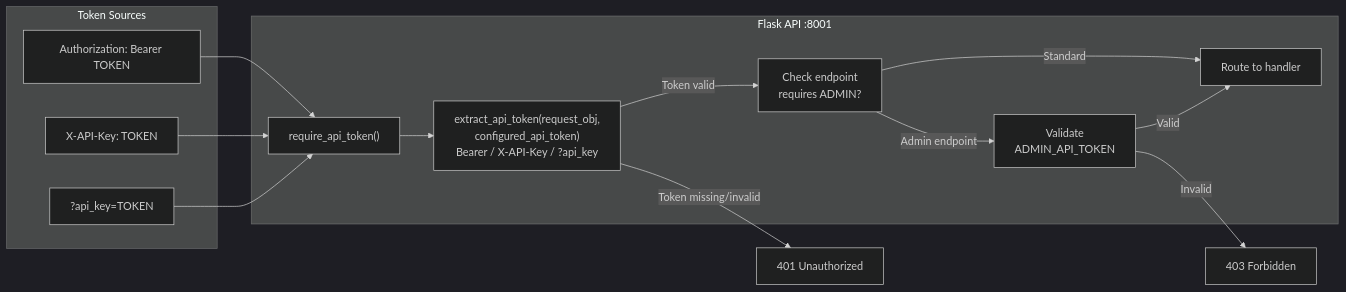
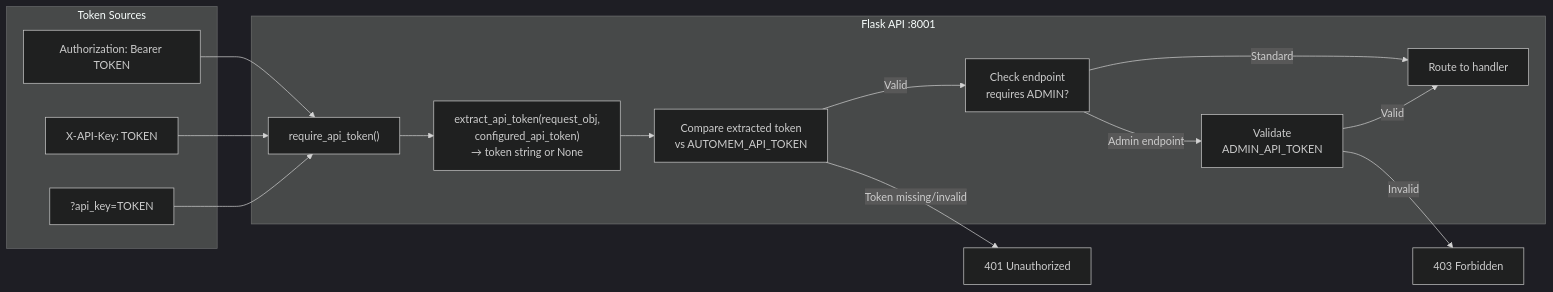
Before and after one commit to verygoodplugins/automem-website: the second of 3 diagrams in src/content/docs/docs/reference/authentication.md, drawn with Mermaid (dark theme).

Commit message:
docs: address Copilot review on authentication.md
extract_api_token() only extracts the raw token string; the comparison
against AUTOMEM_API_TOKEN and the resulting 401 happen inside
require_api_token(). Added an explicit ValidateToken step between
extraction and branching so the diagram accurately reflects the two-step
process: extract → compare → valid/invalid.

https://claude.ai/code/session_01PUayxhvKwdtWFTjgwpBTsW

````diff
--- a/src/content/docs/docs/reference/authentication.md
+++ b/src/content/docs/docs/reference/authentication.md
@@ -101,29 +101,31 @@
 ```mermaid
 graph LR
     subgraph "Token Sources"
         BearerHeader["Authorization: Bearer TOKEN"]
         APIKeyHeader["X-API-Key: TOKEN"]
         QueryParam["?api_key=TOKEN"]
     end
 
     subgraph "Flask API :8001"
         RequireAPIToken["require_api_token()"]
-        ExtractToken["extract_api_token(request_obj,<br/>configured_api_token)<br/>Bearer / X-API-Key / ?api_key"]
+        ExtractToken["extract_api_token(request_obj,<br/>configured_api_token)<br/>→ token string or None"]
+        ValidateToken["Compare extracted token<br/>vs AUTOMEM_API_TOKEN"]
         CheckLevel["Check endpoint<br/>requires ADMIN?"]
         ValidateAdmin["Validate<br/>ADMIN_API_TOKEN"]
         ProcessRequest["Route to handler"]
     end
 
     BearerHeader --> RequireAPIToken
     APIKeyHeader --> RequireAPIToken
     QueryParam --> RequireAPIToken
 
     RequireAPIToken --> ExtractToken
-    ExtractToken -->|Token valid| CheckLevel
-    ExtractToken -->|Token missing/invalid| Reject401["401 Unauthorized"]
+    ExtractToken --> ValidateToken
+    ValidateToken -->|Valid| CheckLevel
+    ValidateToken -->|Token missing/invalid| Reject401["401 Unauthorized"]
 
     CheckLevel -->|Standard| ProcessRequest
     CheckLevel -->|Admin endpoint| ValidateAdmin
     ValidateAdmin -->|Valid| ProcessRequest
     ValidateAdmin -->|Invalid| Reject403["403 Forbidden"]
 ```
````
